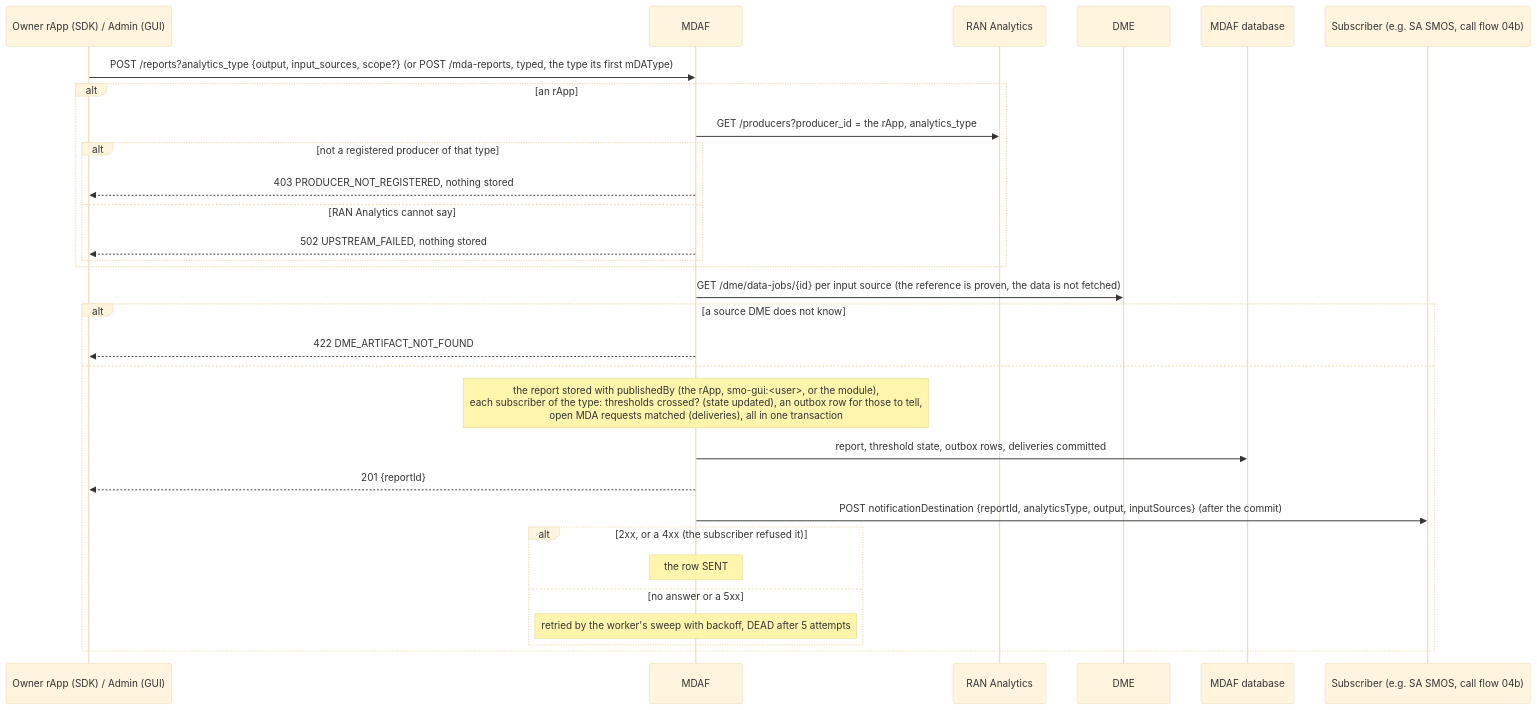
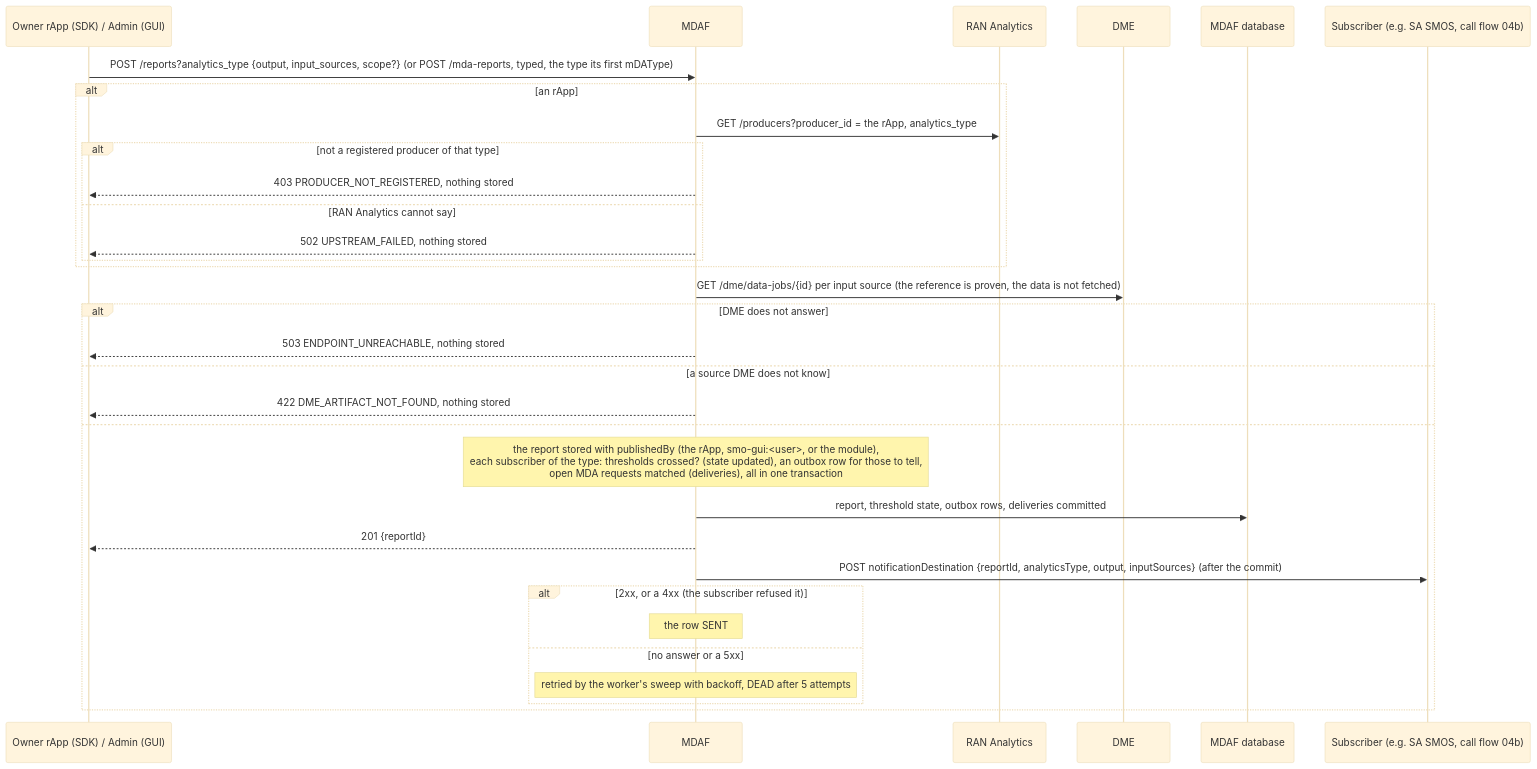
One commit to rsys-bshankar/ai-ran-smo changed the third of 4 diagrams in smo/docs/call-flows/08-ran-analytics-data-production.md. Above: the diagram before and after it, drawn with Mermaid (base theme). The commit also changed other lines of this file and 47 other files, not shown here.

````diff
--- a/smo/docs/call-flows/08-ran-analytics-data-production.md
+++ b/smo/docs/call-flows/08-ran-analytics-data-production.md
@@ -95,33 +95,35 @@
 ```mermaid
 sequenceDiagram
     participant P as Owner rApp (SDK) / Admin (GUI)
     participant MDAF as MDAF
     participant RA as RAN Analytics
     participant DME as DME
     participant DB as MDAF database
     participant S as Subscriber (e.g. SA SMOS, call flow 04b)
 
     P->>MDAF: POST /reports?analytics_type {output, input_sources, scope?} (or POST /mda-reports, typed, the type its first mDAType)
     alt an rApp
         MDAF->>RA: GET /producers?producer_id = the rApp, analytics_type
         alt not a registered producer of that type
             MDAF-->>P: 403 PRODUCER_NOT_REGISTERED, nothing stored
         else RAN Analytics cannot say
             MDAF-->>P: 502 UPSTREAM_FAILED, nothing stored
         end
     end
     MDAF->>DME: GET /dme/data-jobs/{id} per input source (the reference is proven, the data is not fetched)
-    alt a source DME does not know
-        MDAF-->>P: 422 DME_ARTIFACT_NOT_FOUND
+    alt DME does not answer
+        MDAF-->>P: 503 ENDPOINT_UNREACHABLE, nothing stored
+    else a source DME does not know
+        MDAF-->>P: 422 DME_ARTIFACT_NOT_FOUND, nothing stored
     else
         Note over MDAF: the report stored with publishedBy (the rApp, smo-gui:<user>, or the module),<br/>each subscriber of the type: thresholds crossed? (state updated), an outbox row for those to tell,<br/>open MDA requests matched (deliveries), all in one transaction
         MDAF->>DB: report, threshold state, outbox rows, deliveries committed
         MDAF-->>P: 201 {reportId}
         MDAF->>S: POST notificationDestination {reportId, analyticsType, output, inputSources} (after the commit)
         alt 2xx, or a 4xx (the subscriber refused it)
             Note over MDAF: the row SENT
         else no answer or a 5xx
             Note over MDAF: retried by the worker's sweep with backoff, DEAD after 5 attempts
         end
     end
 ```
````
